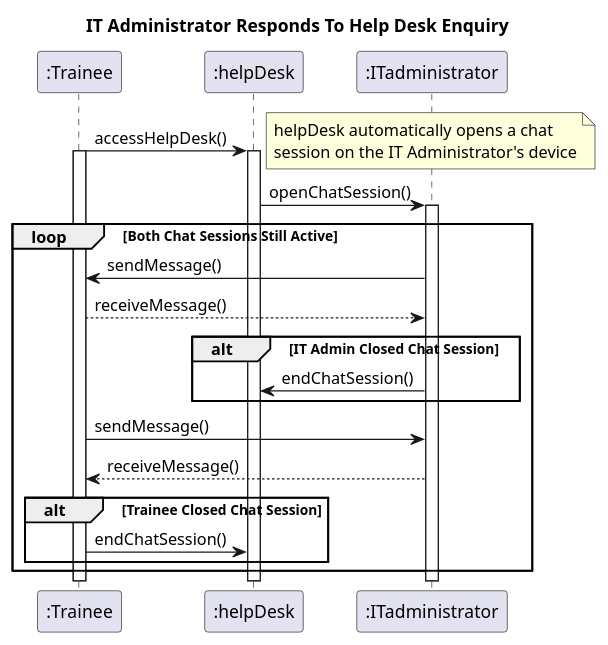
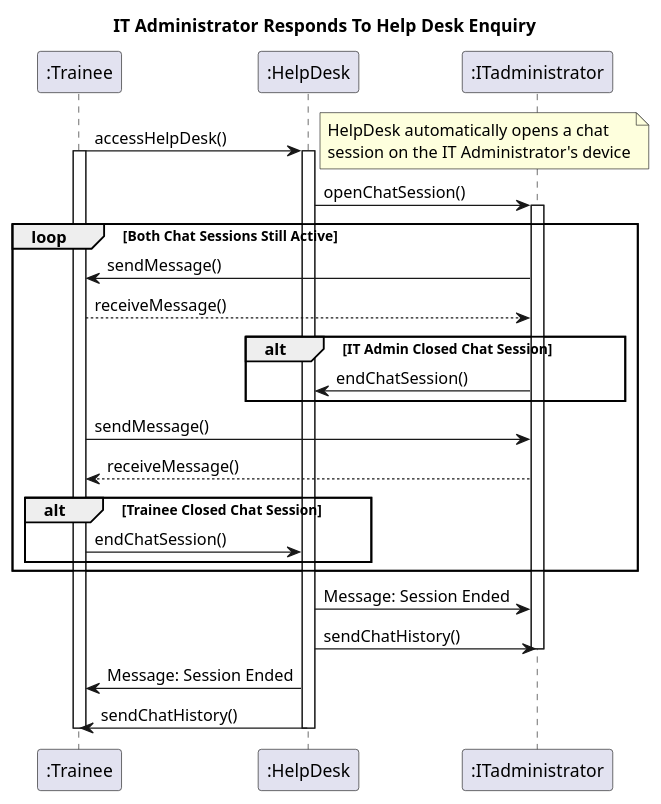
The diagram in ITadminHelpDesk.plantuml (lukegasbarro/SEF_Group67), drawn with PlantUML before and after one commit. The commit also changed 2 other files, not shown here.

Commit message:
Updated diagrams

```diff
--- a/ITadminHelpDesk.plantuml
+++ b/ITadminHelpDesk.plantuml
@@ -1,30 +1,36 @@
 @startuml
 title "IT Administrator Responds To Help Desk Enquiry"
 participant ":Trainee" as trainee
-participant ":helpDesk" as help
+participant ":HelpDesk" as help
 participant ":ITadministrator" as itAdmin
 
 trainee -> help : accessHelpDesk() 
-note right: helpDesk automatically opens a chat\nsession on the IT Administrator's device
+note right: HelpDesk automatically opens a chat\nsession on the IT Administrator's device
 activate trainee
 activate help
 
 help -> itAdmin : openChatSession()
 activate itAdmin
 
 loop Both Chat Sessions Still Active
     itAdmin -> trainee : sendMessage()
     trainee --> itAdmin : receiveMessage()
     alt IT Admin Closed Chat Session
         itAdmin -> help : endChatSession()
     end
     
     trainee -> itAdmin : sendMessage()
     itAdmin --> trainee : receiveMessage()
     alt Trainee Closed Chat Session
         trainee -> help : endChatSession()
     end
-
 end
+    help -> itAdmin : Message: Session Ended
+    help -> itAdmin : sendChatHistory()
+    deactivate itAdmin
+    help -> trainee : Message: Session Ended
+    help -> trainee : sendChatHistory()
+    deactivate help
+    deactivate trainee
 
 @enduml
```
